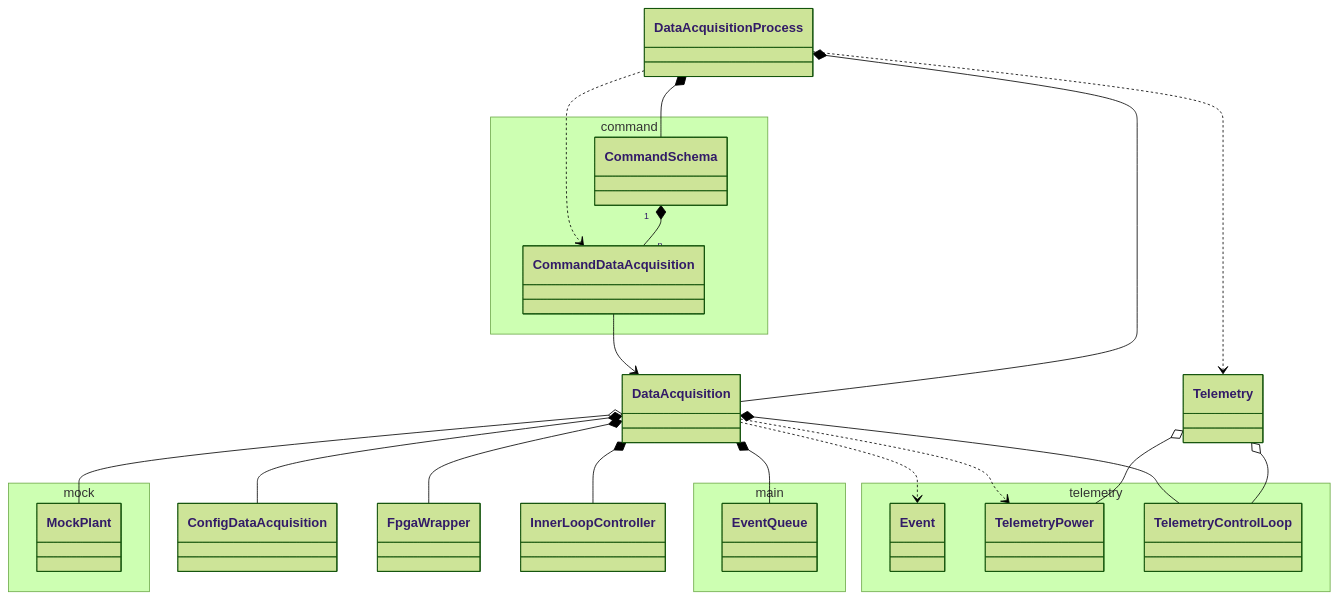
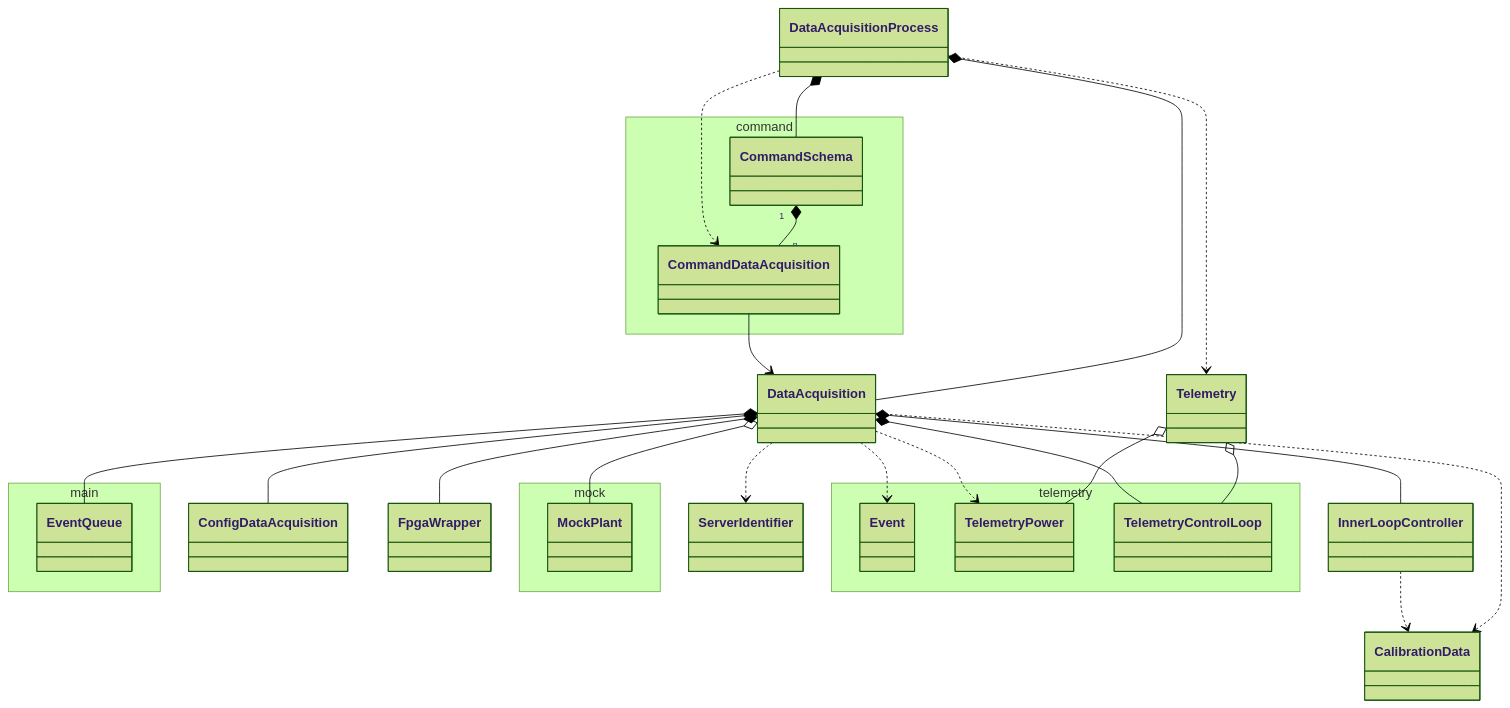
Before and after one commit to lsst-ts/ts_mtm2_controller: the second of 8 diagrams in doc/class_diagram.md, drawn with Mermaid (forest theme). The commit also changed other lines of this file, not shown here.

````diff
--- a/doc/class_diagram.md
+++ b/doc/class_diagram.md
@@ -107,43 +107,47 @@
 ```mermaid
 classDiagram
 
 namespace main {
   class EventQueue
 }
 
 namespace mock {
   class MockPlant
 }
 
 namespace telemetry {
   class Event
   class TelemetryPower
   class TelemetryControlLoop
 }
 
 Telemetry o-- TelemetryPower
 Telemetry o-- TelemetryControlLoop
 
 namespace command {
   class CommandSchema
   class CommandDataAcquisition
 }
 
 CommandSchema "1" *-- "n" CommandDataAcquisition
 
 DataAcquisitionProcess *-- DataAcquisition
 DataAcquisitionProcess *-- CommandSchema
 DataAcquisitionProcess ..> CommandDataAcquisition
 DataAcquisitionProcess ..> Telemetry
 
 CommandDataAcquisition --> DataAcquisition
 
 DataAcquisition *-- ConfigDataAcquisition
 DataAcquisition *-- FpgaWrapper
 DataAcquisition o-- MockPlant
 DataAcquisition *-- EventQueue
 DataAcquisition *-- InnerLoopController
 DataAcquisition *-- TelemetryControlLoop
 DataAcquisition ..> Event
 DataAcquisition ..> TelemetryPower
+DataAcquisition ..> CalibrationData
+DataAcquisition ..> ServerIdentifier
+
+InnerLoopController ..> CalibrationData
 ```
````
